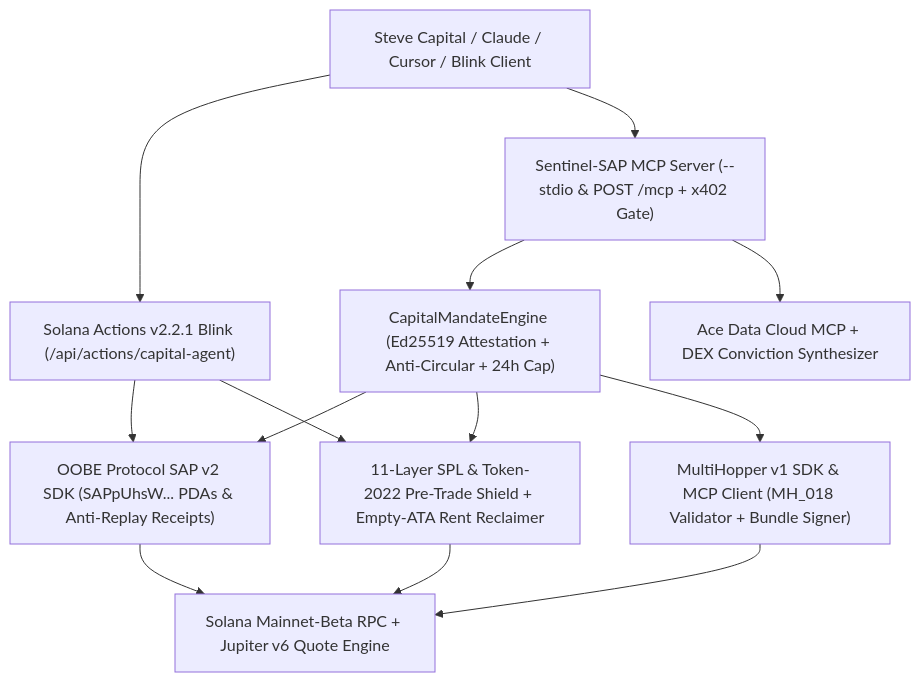
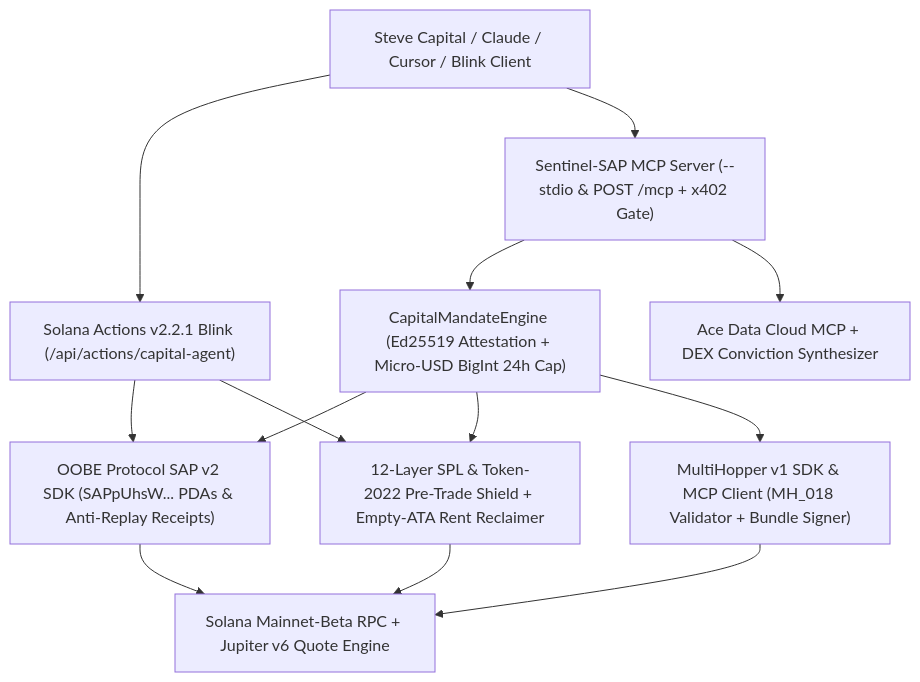
The diagram in README.md (sonnyman2014/sentinel-sap-autonomous-capital-agent), drawn with Mermaid before and after one commit. The commit also changed other lines of this file and 11 other files, not shown here.

Commit message:
feat(shield): upgrade to 12-Layer defensive audit, micro-USD BigInt mandate math, and SAP v2 docs

````diff
--- a/README.md
+++ b/README.md
@@ -29,25 +29,25 @@
 ```mermaid
 flowchart TD
     UserOrLLM["Steve Capital / Claude / Cursor / Blink Client"]
     Blink["Solana Actions v2.2.1 Blink (/api/actions/capital-agent)"]
     MCP["Sentinel-SAP MCP Server (--stdio & POST /mcp + x402 Gate)"]
-    Mandate["CapitalMandateEngine (Ed25519 Attestation + Anti-Circular + 24h Cap)"]
+    Mandate["CapitalMandateEngine (Ed25519 Attestation + Micro-USD BigInt 24h Cap)"]
     SAP["OOBE Protocol SAP v2 SDK (SAPpUhsW... PDAs & Anti-Replay Receipts)"]
-    Shield["11-Layer SPL & Token-2022 Pre-Trade Shield + Empty-ATA Rent Reclaimer"]
+    Shield["12-Layer SPL & Token-2022 Pre-Trade Shield + Empty-ATA Rent Reclaimer"]
     MH["MultiHopper v1 SDK & MCP Client (MH_018 Validator + Bundle Signer)"]
     Ace["Ace Data Cloud MCP + DEX Conviction Synthesizer"]
     Solana["Solana Mainnet-Beta RPC + Jupiter v6 Quote Engine"]
 
     UserOrLLM --> Blink
     UserOrLLM --> MCP
     Blink --> SAP
     Blink --> Shield
     MCP --> Mandate
     Mandate --> SAP
     Mandate --> Shield
     Mandate --> MH
     MCP --> Ace
     Shield --> Solana
     MH --> Solana
     SAP --> Solana
 ```
````
